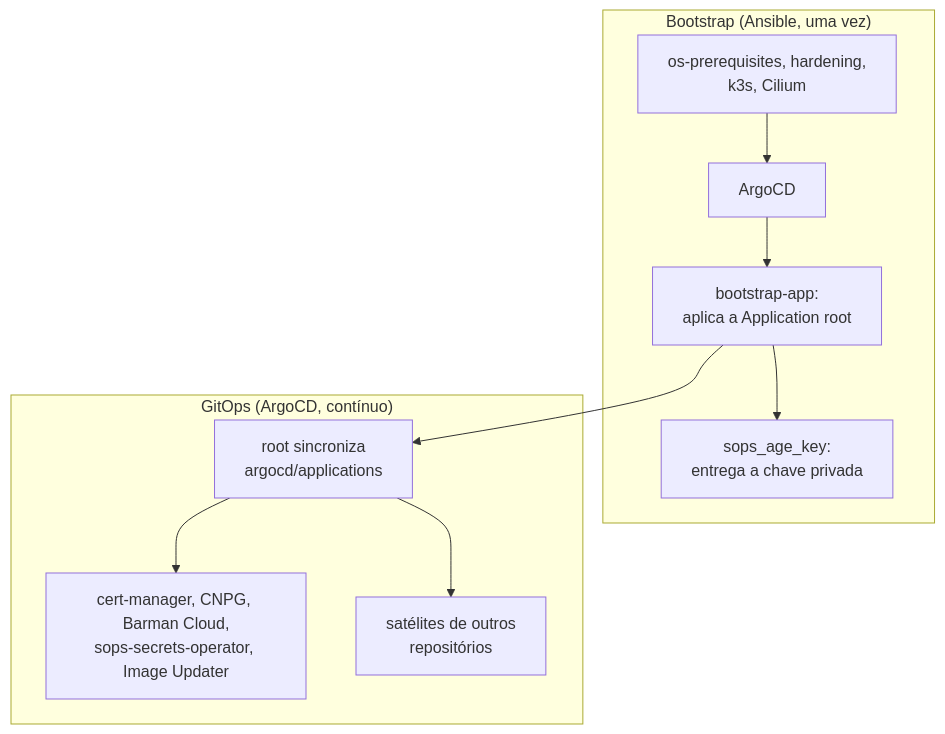
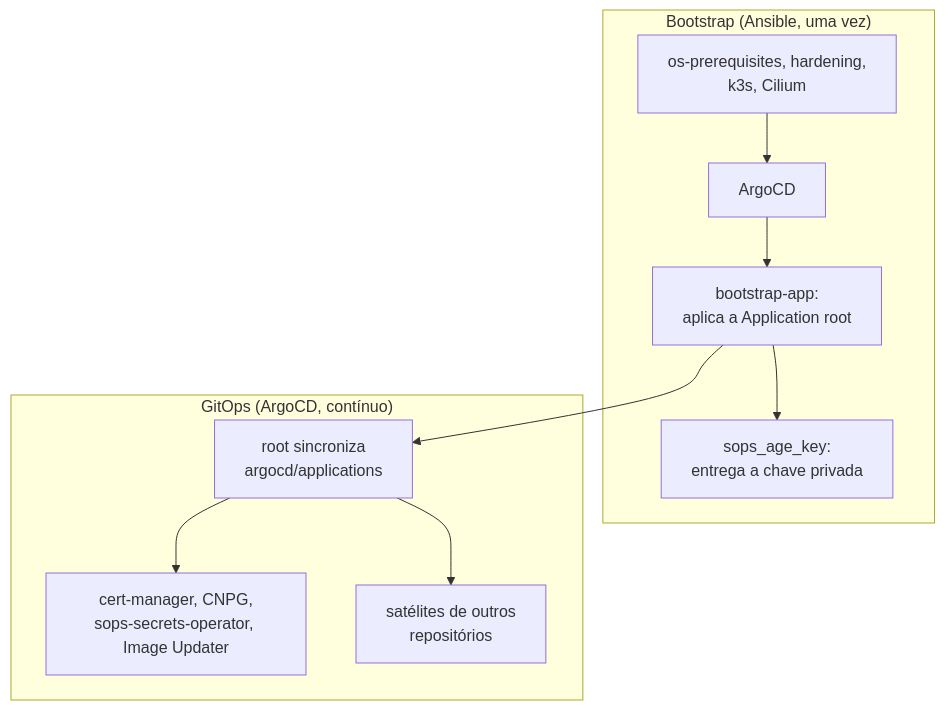
One commit to guesant/hl-infrastructure changed the first of 3 diagrams in docs/arquitetura/index.md. Above: the diagram before and after it, drawn with Mermaid. The commit also changed other lines of this file and 11 other files, not shown here.

````diff
--- a/docs/arquitetura/index.md
+++ b/docs/arquitetura/index.md
@@ -13,13 +13,13 @@
 ```mermaid
 flowchart TB
     subgraph bootstrap["Bootstrap (Ansible, uma vez)"]
         A["os-prerequisites, hardening,\nk3s, Cilium"] --> B["ArgoCD"]
         B --> C["bootstrap-app:\naplica a Application root"]
         C --> D["sops_age_key:\nentrega a chave privada"]
     end
     subgraph gitops["GitOps (ArgoCD, contínuo)"]
         C --> E["root sincroniza\nargocd/applications"]
-        E --> F["cert-manager, CNPG, Barman Cloud,\nsops-secrets-operator, Image Updater"]
+        E --> F["cert-manager, CNPG,\nsops-secrets-operator, Image Updater"]
         E --> G["satélites de outros\nrepositórios"]
     end
 ```
````
